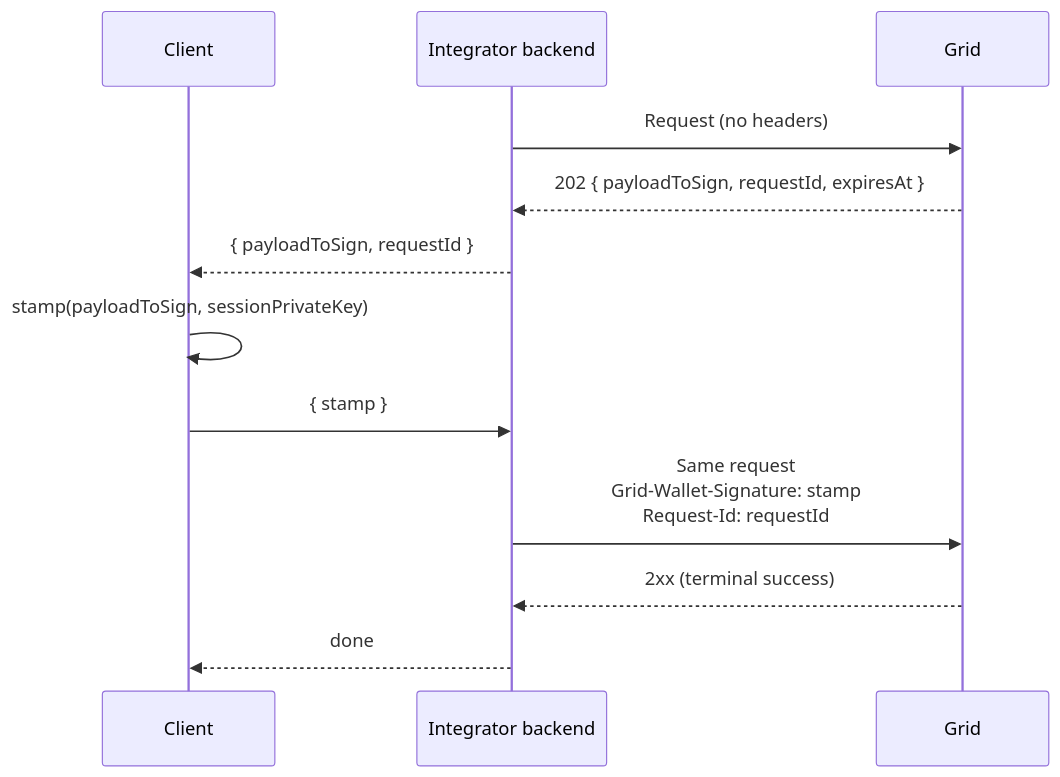
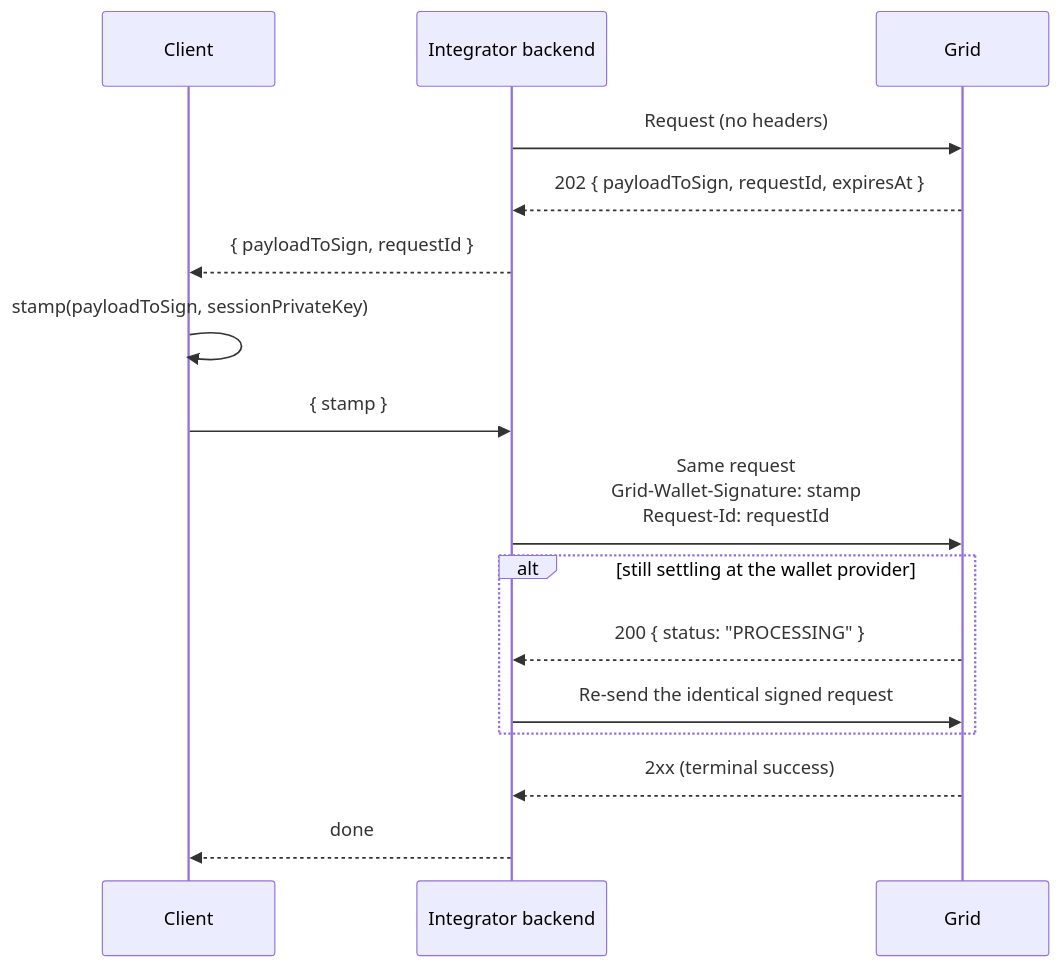
Before and after one commit to lightsparkdev/grid-api: the fifth of 5 diagrams in mintlify/snippets/global-accounts/authentication.mdx, drawn with Mermaid. The commit also changed other lines of this file and 1 other file, not shown here.

````diff
--- a/mintlify/snippets/global-accounts/authentication.mdx
+++ b/mintlify/snippets/global-accounts/authentication.mdx
@@ -653,15 +655,19 @@
 ```mermaid
 sequenceDiagram
   participant C as Client
   participant IB as Integrator backend
   participant G as Grid
 
   IB->>G: Request (no headers)
   G-->>IB: 202 { payloadToSign, requestId, expiresAt }
   IB-->>C: { payloadToSign, requestId }
   C->>C: stamp(payloadToSign, sessionPrivateKey)
   C->>IB: { stamp }
   IB->>G: Same request<br/>Grid-Wallet-Signature: stamp<br/>Request-Id: requestId
+  alt still settling at the wallet provider
+    G-->>IB: 200 { status: "PROCESSING" }
+    IB->>G: Re-send the identical signed request
+  end
   G-->>IB: 2xx (terminal success)
   IB-->>C: done
 ```
````
